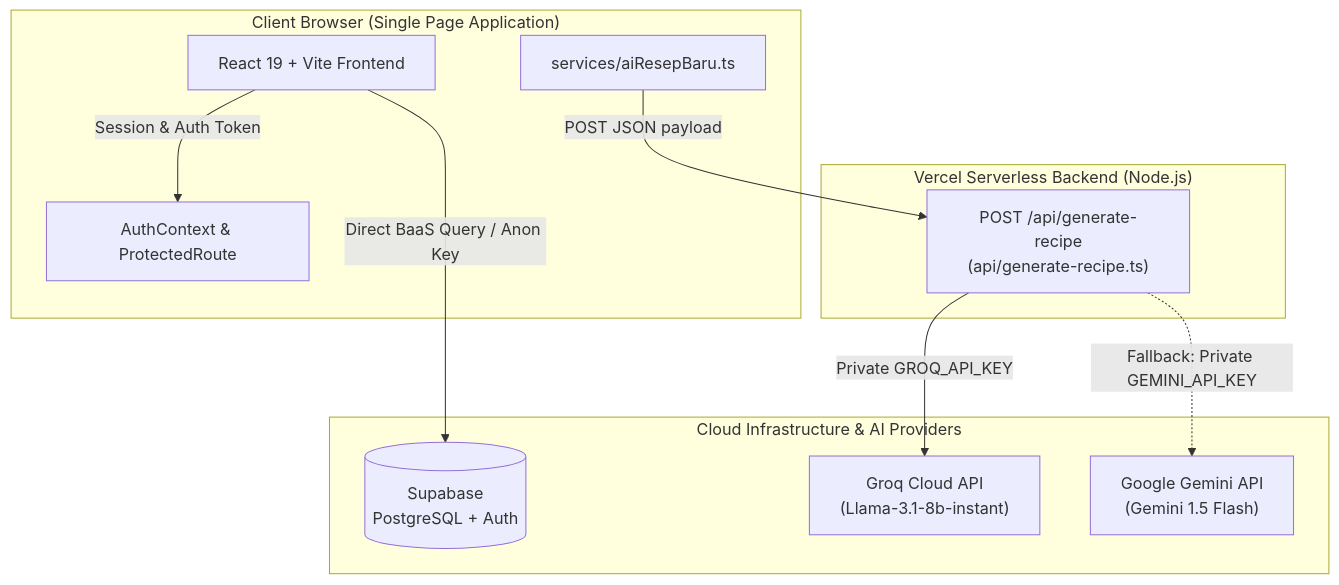
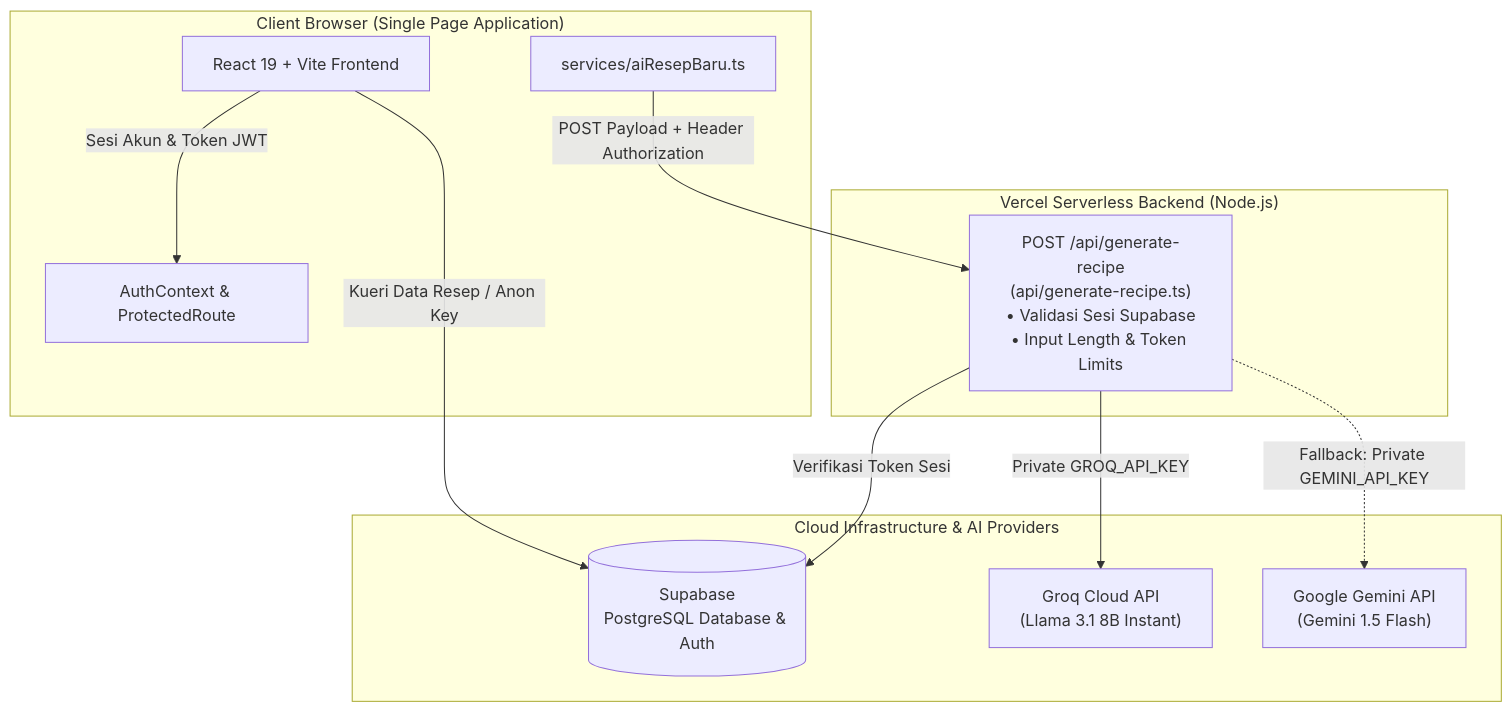
The diagram in README.md (syaurr/digital-recipe), drawn with Mermaid before and after one commit. The commit also changed other lines of this file, not shown here.

Commit message:
docs: restructure README to professional specification with architecture and contributors

````diff
--- a/README.md
+++ b/README.md
@@ -53,24 +67,25 @@
 ```mermaid
 flowchart TD
     subgraph Client ["Client Browser (Single Page Application)"]
         UI["React 19 + Vite Frontend"]
-        Auth["AuthContext & ProtectedRoute"]
+        AuthContext["AuthContext & ProtectedRoute"]
         ClientAI["services/aiResepBaru.ts"]
     end
 
     subgraph Serverless ["Vercel Serverless Backend (Node.js)"]
-        APIRoute["POST /api/generate-recipe\n(api/generate-recipe.ts)"]
+        APIRoute["POST /api/generate-recipe\n(api/generate-recipe.ts)\n• Validasi Sesi Supabase\n• Input Length & Token Limits"]
     end
 
     subgraph CloudServices ["Cloud Infrastructure & AI Providers"]
-        SupaDB[("Supabase\nPostgreSQL + Auth")]
-        GroqCloud["Groq Cloud API\n(Llama-3.1-8b-instant)"]
+        SupaDB[("Supabase\nPostgreSQL Database & Auth")]
+        GroqCloud["Groq Cloud API\n(Llama 3.1 8B Instant)"]
         GeminiCloud["Google Gemini API\n(Gemini 1.5 Flash)"]
     end
 
-    UI -->|Session & Auth Token| Auth
-    UI -->|Direct BaaS Query / Anon Key| SupaDB
-    ClientAI -->|POST JSON payload| APIRoute
+    UI -->|Sesi Akun & Token JWT| AuthContext
+    UI -->|Kueri Data Resep / Anon Key| SupaDB
+    ClientAI -->|POST Payload + Header Authorization| APIRoute
+    APIRoute -->|Verifikasi Token Sesi| SupaDB
     APIRoute -->|Private GROQ_API_KEY| GroqCloud
     APIRoute -.->|Fallback: Private GEMINI_API_KEY| GeminiCloud
 ```
````
